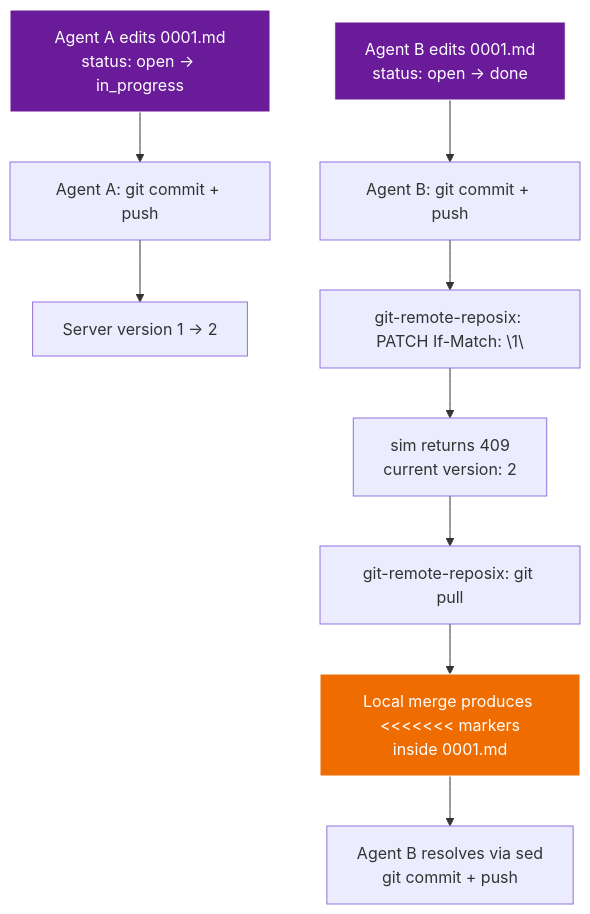
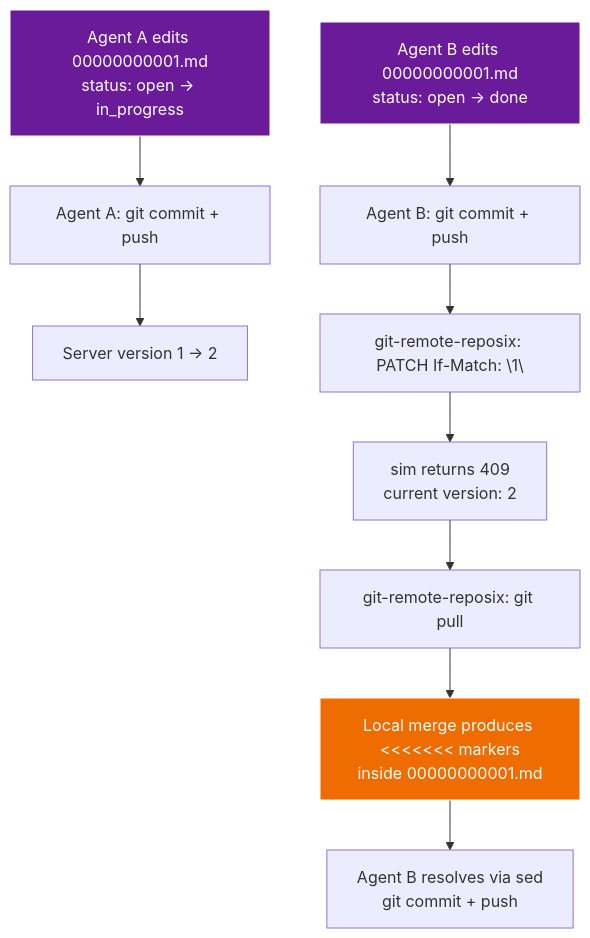
One commit to reubenjohn/reposix changed the sixth of 7 diagrams in docs/architecture.md. Above: the diagram before and after it, drawn with Mermaid. The commit also changed other lines of this file and 5 other files, not shown here.

First line of the commit message:
docs(13-D1): migrate walkthroughs + architecture diagrams to nested layout

````diff
--- a/docs/architecture.md
+++ b/docs/architecture.md
@@ -173,18 +173,18 @@
 ```mermaid
 flowchart TB
-  A1["Agent A edits 0001.md<br/>status: open → in_progress"]
+  A1["Agent A edits 00000000001.md<br/>status: open → in_progress"]
   A2["Agent A: git commit + push"]
   A3["Server version 1 → 2"]
-  B1["Agent B edits 0001.md<br/>status: open → done"]
+  B1["Agent B edits 00000000001.md<br/>status: open → done"]
   B2["Agent B: git commit + push"]
   B3["git-remote-reposix: PATCH If-Match: \"1\""]
   B4["sim returns 409<br/>current version: 2"]
   B5["git-remote-reposix: git pull"]
-  B6["Local merge produces &lt;&lt;&lt;&lt;&lt;&lt;&lt; markers<br/>inside 0001.md"]
+  B6["Local merge produces &lt;&lt;&lt;&lt;&lt;&lt;&lt; markers<br/>inside 00000000001.md"]
   B7["Agent B resolves via sed<br/>git commit + push"]
   A1 --> A2 --> A3
   B1 --> B2 --> B3 --> B4 --> B5 --> B6 --> B7
   style A1 fill:#6a1b9a,stroke:#fff,color:#fff
   style B1 fill:#6a1b9a,stroke:#fff,color:#fff
   style B6 fill:#ef6c00,stroke:#fff,color:#fff
 ```
````
